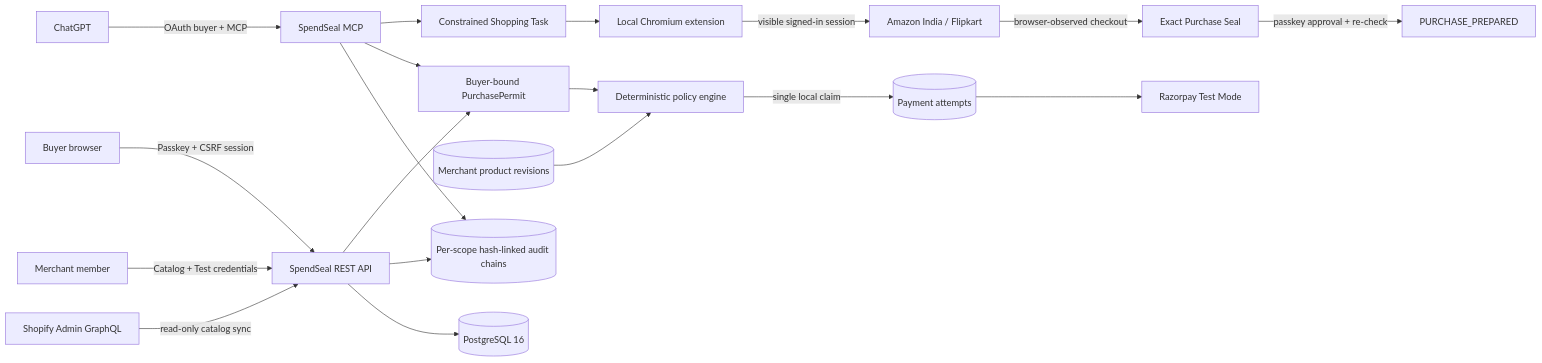
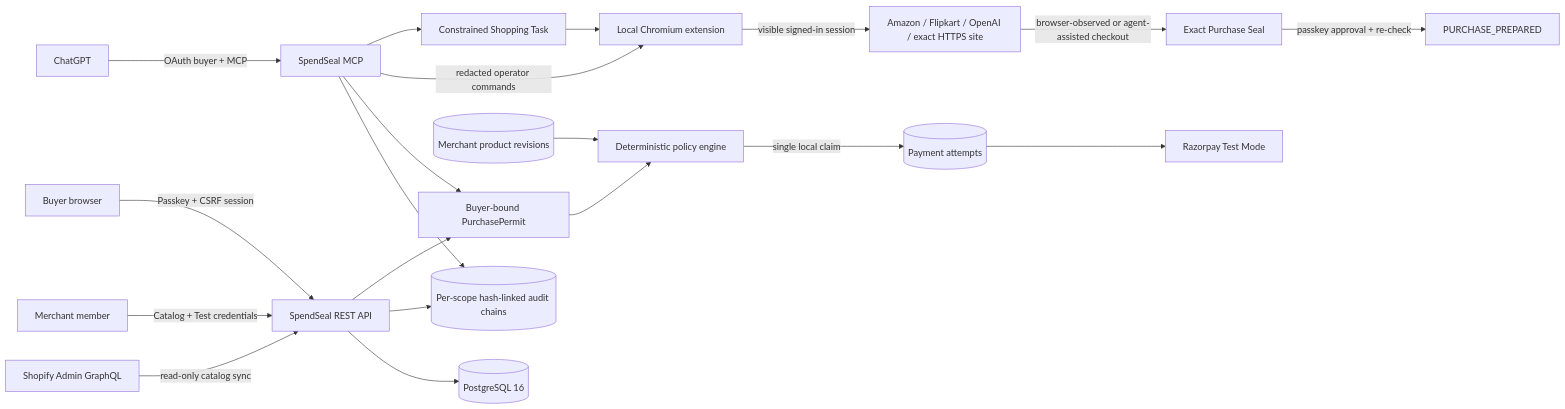
One commit to aryagupta-tech/SpendSeal changed the diagram in README.md. Above: the diagram before and after it, drawn with Mermaid. The commit also changed other lines of this file and 19 other files, not shown here.

````diff
--- a/README.md
+++ b/README.md
@@ -269,21 +281,22 @@
 ```mermaid
 flowchart LR
   GPT[ChatGPT] -->|OAuth buyer + MCP| MCP[SpendSeal MCP]
   Browser[Buyer browser] -->|Passkey + CSRF session| API[SpendSeal REST API]
   MCP --> Task[Constrained Shopping Task]
   Task --> Extension[Local Chromium extension]
-  Extension -->|visible signed-in session| Retailers[Amazon India / Flipkart]
-  Retailers -->|browser-observed checkout| Seal[Exact Purchase Seal]
+  MCP -->|redacted operator commands| Extension
+  Extension -->|visible signed-in session| Sites[Amazon / Flipkart / OpenAI / exact HTTPS site]
+  Sites -->|browser-observed or agent-assisted checkout| Seal[Exact Purchase Seal]
   Seal -->|passkey approval + re-check| Prepared[PURCHASE_PREPARED]
   Merchant[Merchant member] -->|Catalog + Test credentials| API
   Shopify[Shopify Admin GraphQL] -->|read-only catalog sync| API
   MCP --> Lock[Buyer-bound PurchasePermit]
   API --> Lock
   Lock --> Policy[Deterministic policy engine]
   Catalog[(Merchant product revisions)] --> Policy
   Policy -->|single local claim| Orders[(Payment attempts)]
   Orders --> Razorpay[Razorpay Test Mode]
   API --> Audit[(Per-scope hash-linked audit chains)]
   MCP --> Audit
   API --> PG[(PostgreSQL 16)]
 ```
````
